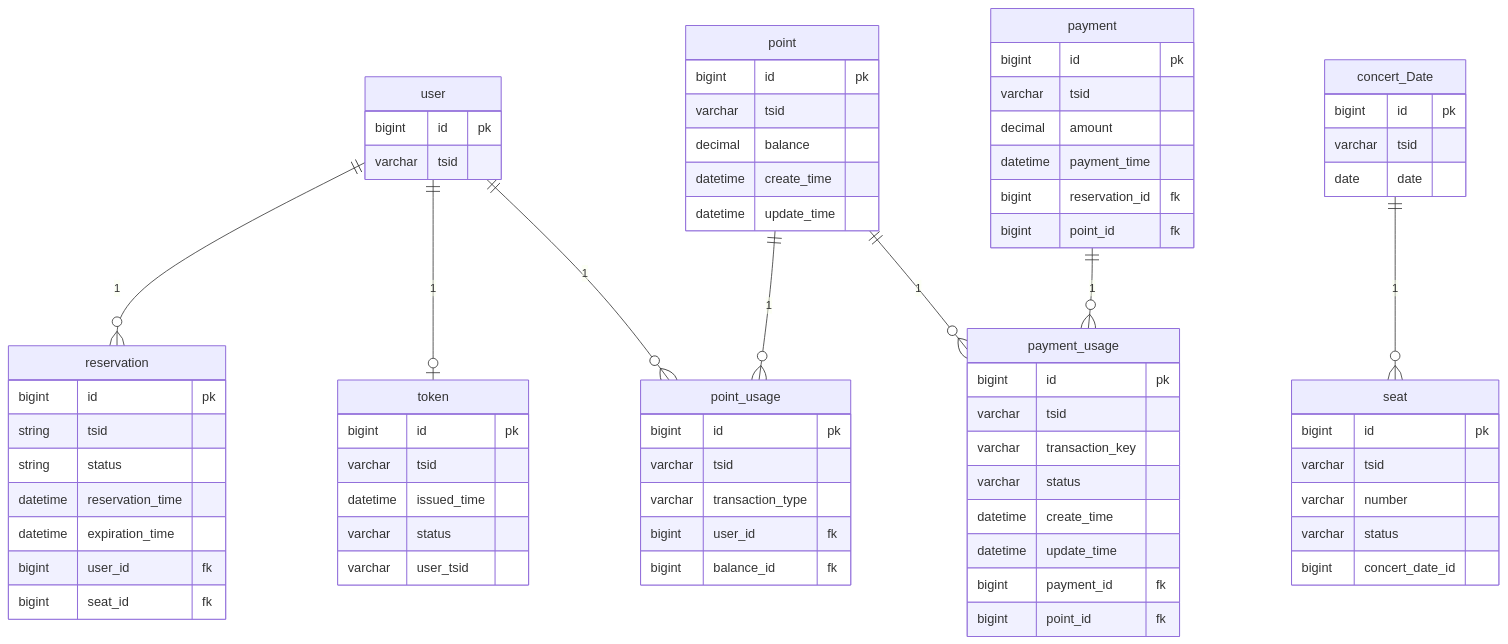
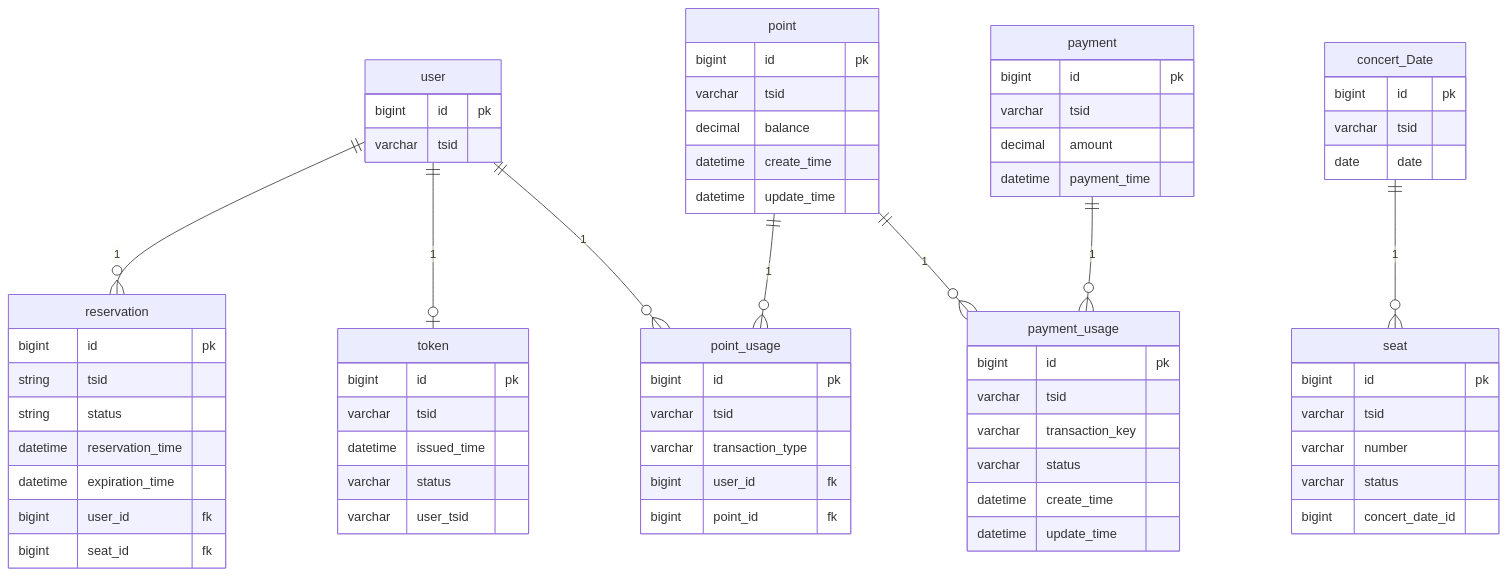
Before and after one commit to wanniDev/ticket: the fourth of 4 diagrams in README.MD, drawn with Mermaid. The commit also changed 18 other files, not shown here.

````diff
--- a/README.MD
+++ b/README.MD
@@ -375,79 +375,75 @@
 ```mermaid
 erDiagram
     user {
         bigint id pk
         varchar tsid
     }
     point {
       bigint id pk
       varchar tsid
       decimal balance
       datetime create_time
       datetime update_time
     }
     point_usage {
       bigint id pk
       varchar tsid
       varchar transaction_type
       bigint user_id fk
-      bigint balance_id fk
+      bigint point_id fk
     }
     token {
         bigint id pk
         varchar tsid
         datetime issued_time
         varchar status
         varchar user_tsid
     }
     concert_Date {
         bigint id pk
         varchar tsid
         date date
     }
     
     seat { 
         bigint id pk
         varchar tsid
         varchar number
         varchar status
         bigint concert_date_id
     }
 
     reservation {
         bigint id pk
         string tsid
         string status
         datetime reservation_time
         datetime expiration_time
         bigint user_id fk
         bigint seat_id fk
     }
     
     payment {
         bigint id pk
         varchar tsid
         decimal amount
         datetime payment_time
-        bigint reservation_id fk
-        bigint point_id fk
     }
     
     payment_usage {
         bigint id pk
         varchar tsid
         varchar transaction_key
         varchar status
         datetime create_time
         datetime update_time
-        bigint payment_id fk
-        bigint point_id fk
     }
     
     point ||--o{ payment_usage : "1"
     payment ||--o{ payment_usage : "1"
     point ||--o{ point_usage : "1"
     user ||--o{ point_usage : "1"
     user ||--o| token : "1"
     user ||--o{ reservation : "1"
     concert_Date ||--o{ seat : "1"
 ```
````
